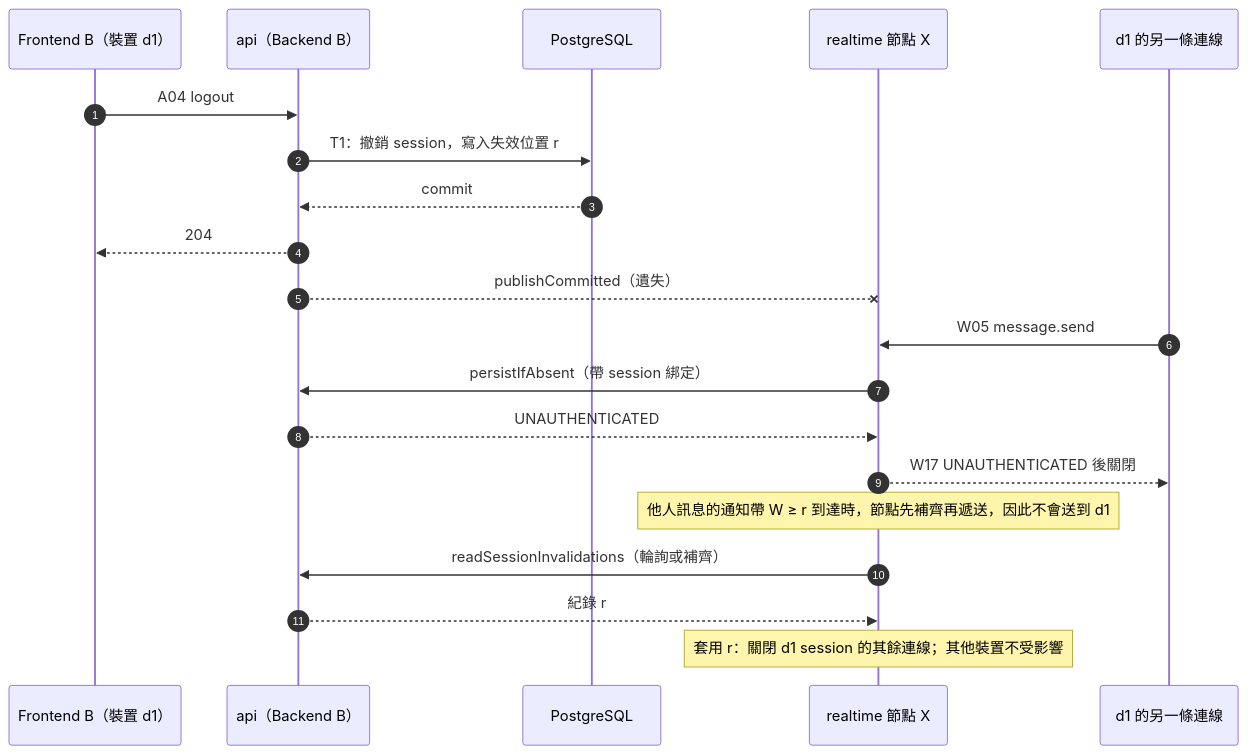
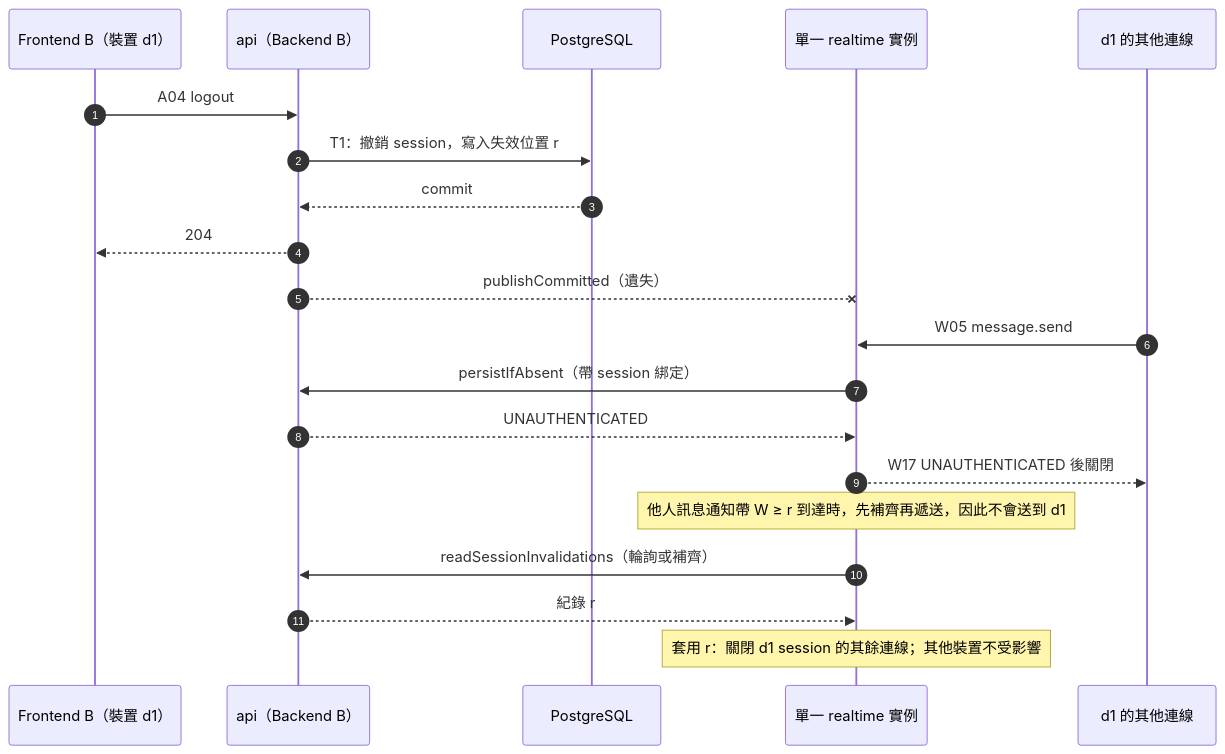
One commit to LeoCheng-space/Hine changed the eighth of 9 diagrams in docs/architecture/README.md. Above: the diagram before and after it, drawn with Mermaid. The commit also changed other lines of this file and 24 other files, not shown here.

````diff
--- a/docs/architecture/README.md
+++ b/docs/architecture/README.md
@@ -333,22 +305,22 @@
 ```mermaid
 sequenceDiagram
   autonumber
   participant FB as Frontend B（裝置 d1）
   participant B as api（Backend B）
   participant DB as PostgreSQL
-  participant X as realtime 節點 X
-  participant O as d1 的另一條連線
+  participant X as 單一 realtime 實例
+  participant O as d1 的其他連線
   FB->>B: A04 logout
   B->>DB: T1：撤銷 session，寫入失效位置 r
   DB-->>B: commit
   B-->>FB: 204
   B--xX: publishCommitted（遺失）
   O->>X: W05 message.send
   X->>B: persistIfAbsent（帶 session 綁定）
   B-->>X: UNAUTHENTICATED
   X-->>O: W17 UNAUTHENTICATED 後關閉
-  Note over X: 他人訊息的通知帶 W ≥ r 到達時，節點先補齊再遞送，因此不會送到 d1
+  Note over X: 他人訊息通知帶 W ≥ r 到達時，先補齊再遞送，因此不會送到 d1
   X->>B: readSessionInvalidations（輪詢或補齊）
   B-->>X: 紀錄 r
   Note over X: 套用 r：關閉 d1 session 的其餘連線；其他裝置不受影響
 ```
````
